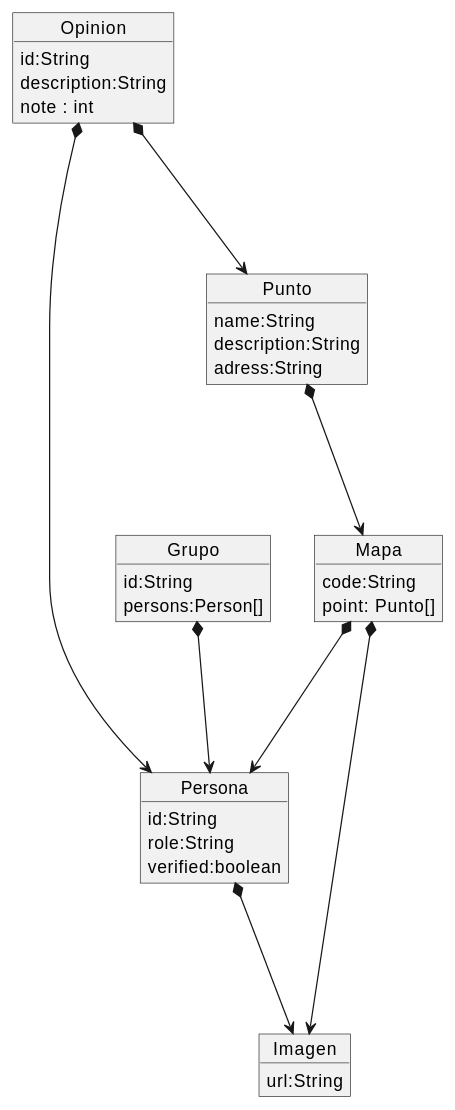
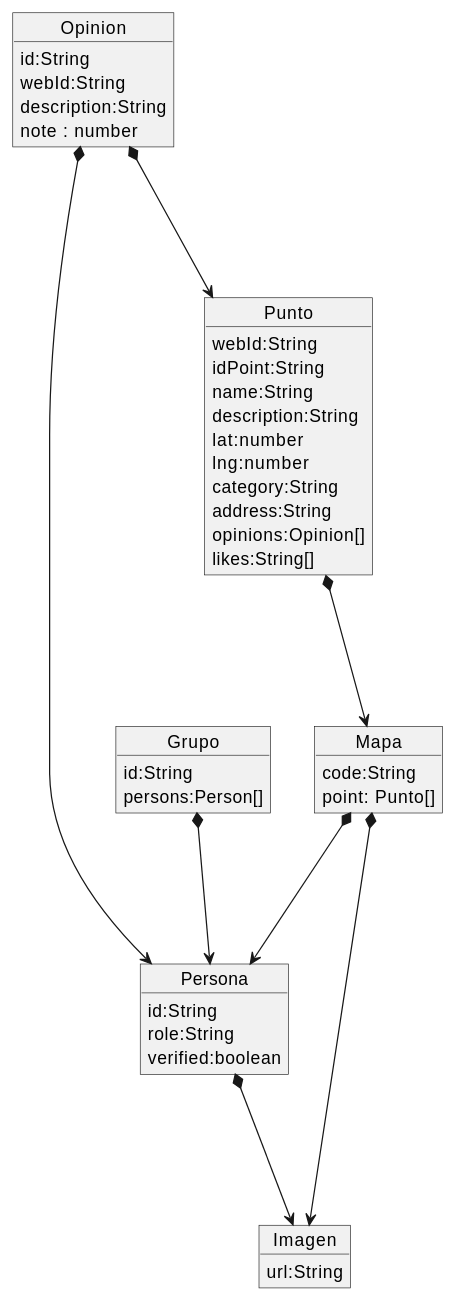
Before and after one commit to Arquisoft/lomap_es5a: the diagram in docs/08_concepts.adoc, drawn with PlantUML.

```diff
--- a/docs/08_concepts.adoc
+++ b/docs/08_concepts.adoc
@@ -7,42 +7,50 @@
 [plantuml, "ModeloDeDominio", png]
 ----
 
 object Persona{
     id:String
     role:String
     verified:boolean
 }
 object Grupo{
     id:String
     persons:Person[]
 }
 
 object Punto{
+    webId:String 
+    idPoint:String
     name:String
     description:String
-    adress:String
+    lat:number 
+    lng:number 
+    category:String
+    address:String
+    opinions:Opinion[]
+    likes:String[]
 }
 
 object Mapa{
     code:String
     point: Punto[]
 }
 
 object Opinion{
     id:String
+    webId:String 
     description:String
-    note : int
+    note : number 
 }
 
 object Imagen{
     url:String
 }
 
 Opinion *--->Persona
 Opinion *--->Punto
 Punto *--->Mapa
 Mapa *--->Persona
 Grupo *---> Persona
 Persona *--->Imagen
 Mapa *--->Imagen
 ----
```
